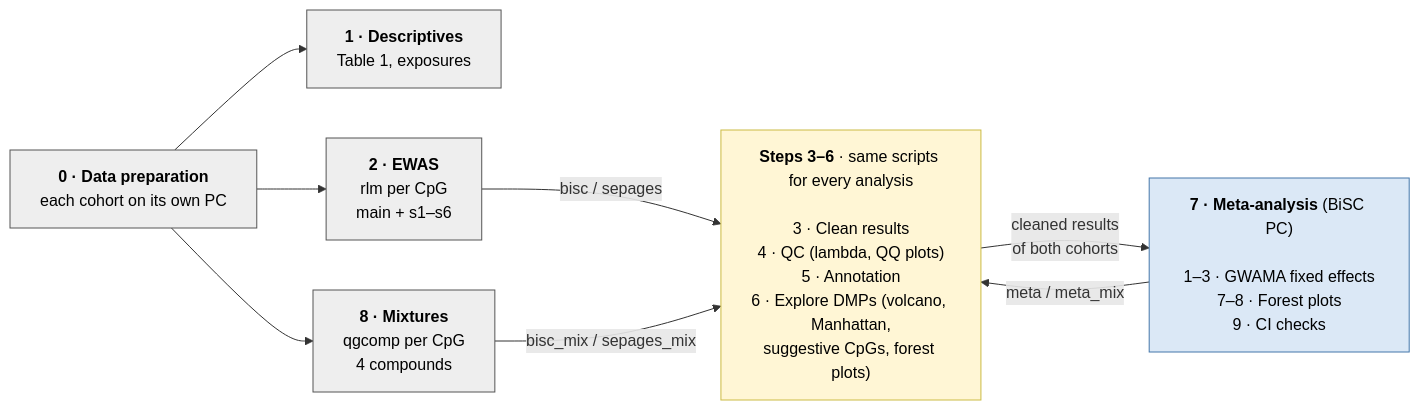
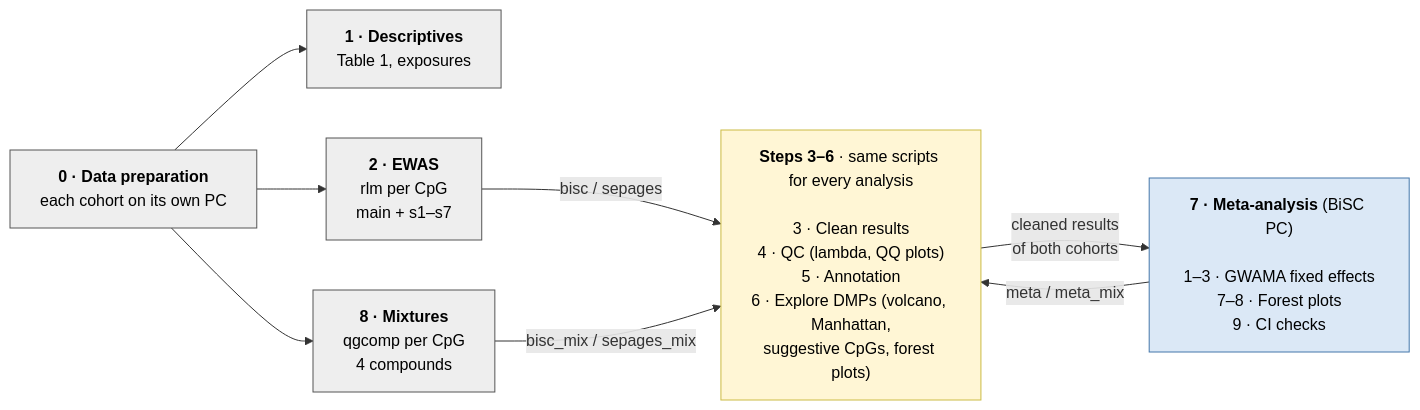
One commit to joanall/EWASpla_Pest_OP changed the first of 2 diagrams in README.md. Above: the diagram before and after it, drawn with Mermaid. The commit also changed other lines of this file, not shown here.

````diff
--- a/README.md
+++ b/README.md
@@ -77,21 +77,21 @@
 ```mermaid
 flowchart LR
     classDef bisc fill:#dbe8f6,stroke:#4477AA,color:#000
     classDef both fill:#eeeeee,stroke:#555555,color:#000
     classDef shared fill:#fff6d5,stroke:#CCBB44,color:#000
 
     D0["<b>0 · Data preparation</b><br/>each cohort on its own PC"]:::both
     D1["<b>1 · Descriptives</b><br/>Table 1, exposures"]:::both
-    E2["<b>2 · EWAS</b><br/>rlm per CpG<br/>main + s1–s6"]:::both
+    E2["<b>2 · EWAS</b><br/>rlm per CpG<br/>main + s1–s7"]:::both
     M4["<b>8 · Mixtures</b><br/>qgcomp per CpG<br/>4 compounds"]:::both
     S36["<b>Steps 3–6</b> · same scripts for every analysis<br/><br/>3 · Clean results<br/>4 · QC (lambda, QQ plots)<br/>5 · Annotation<br/>6 · Explore DMPs (volcano, Manhattan,<br/>suggestive CpGs, forest plots)"]:::shared
     G7["<b>7 · Meta-analysis</b> (BiSC PC)<br/><br/>1–3 · GWAMA fixed effects<br/>7–8 · Forest plots<br/>9 · CI checks"]:::bisc
 
     D0 --> D1
     D0 --> E2
     D0 --> M4
     E2 -- "bisc / sepages" --> S36
     M4 -- "bisc_mix / sepages_mix" --> S36
     S36 -- "cleaned results<br/>of both cohorts" --> G7
     G7 -- "meta / meta_mix" --> S36
 ```
````
